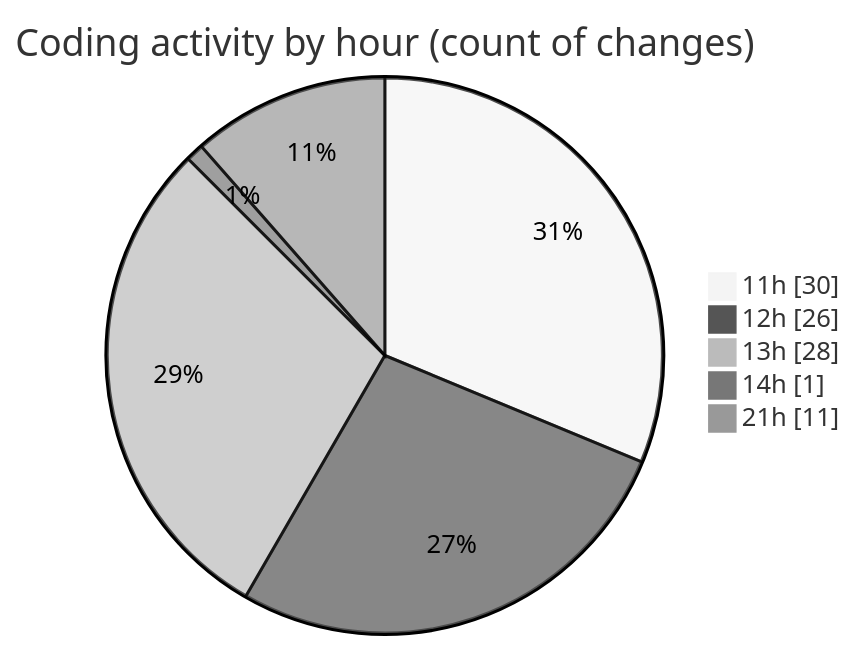
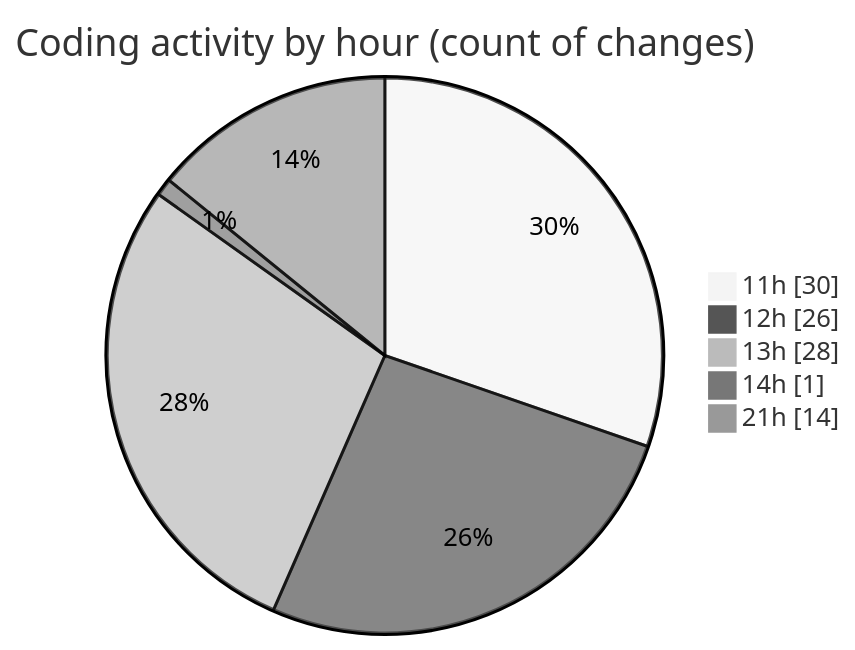
The second of 2 diagrams in 2025-08-25/studybuddy/README.md (lephambinh05/code-tracking), drawn with Mermaid (neutral theme) before and after one commit. The commit also changed other lines of this file and 1 other file, not shown here.

````diff
--- a/2025-08-25/studybuddy/README.md
+++ b/2025-08-25/studybuddy/README.md
@@ -67,9 +68,9 @@
 ```mermaid
 pie showData
 title Coding activity by hour (count of changes)
 "11h" : 30
 "12h" : 26
 "13h" : 28
 "14h" : 1
-"21h" : 11
+"21h" : 14
 ```
````
